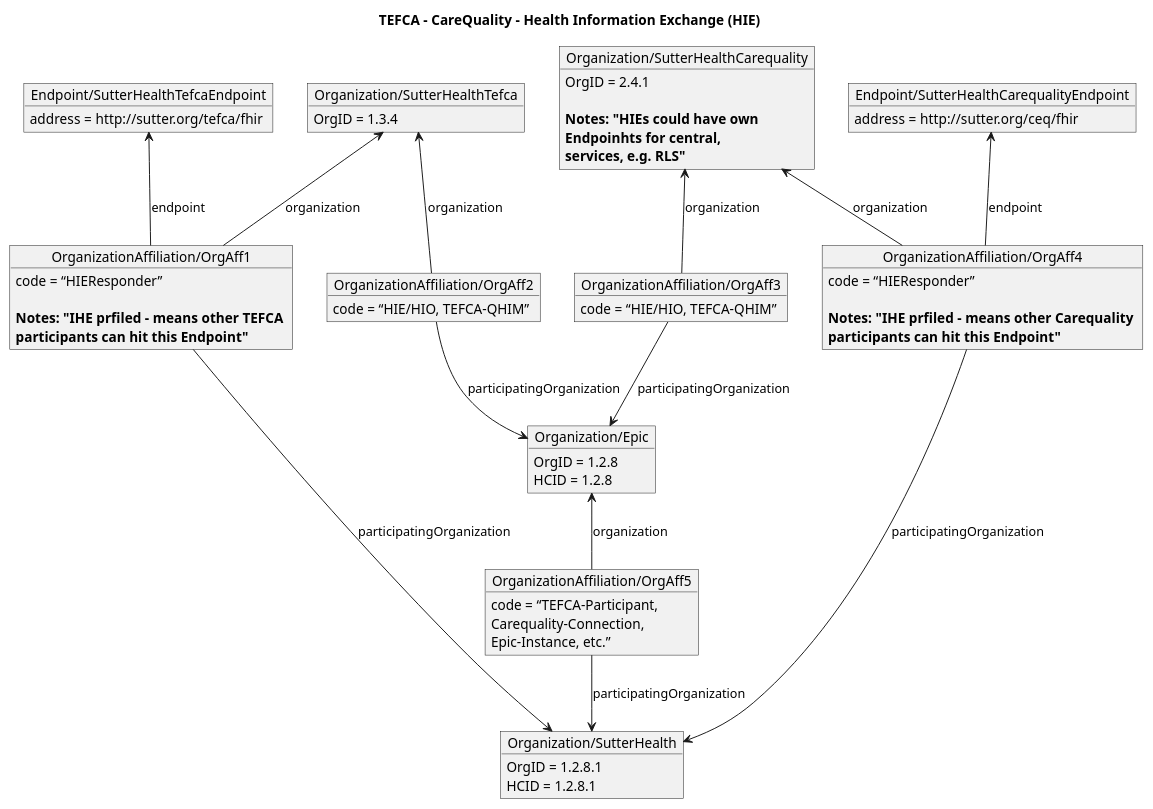
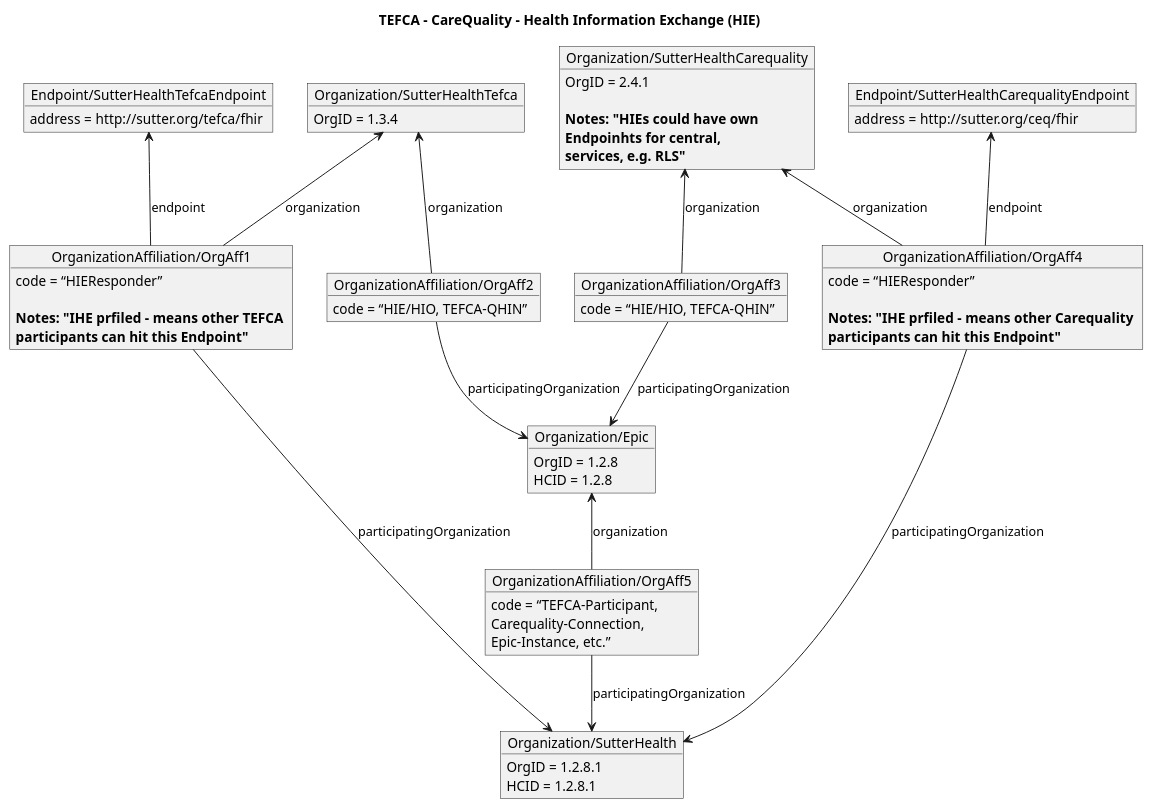
The diagram in input/images-source/OrganizationAffiliationIHE4.plantuml (HL7/fhir-us-ndh), drawn with PlantUML before and after one commit. The commit also changed 7 other files, not shown here.

```diff
--- a/input/images-source/OrganizationAffiliationIHE4.plantuml
+++ b/input/images-source/OrganizationAffiliationIHE4.plantuml
@@ -1,56 +1,56 @@
 @startuml 
 
 title "TEFCA - CareQuality - Health Information Exchange (HIE)"
 object "Organization/SutterHealthTefca" as tefca
 tefca : OrgID = 1.3.4
 
 object "Endpoint/SutterHealthTefcaEndpoint" as tefcaEp
 tefcaEp : address = http://sutter.org/tefca/fhir
 
 object "Organization/SutterHealthCarequality" as carequality
 carequality : OrgID = 2.4.1\n
 carequality : <b>Notes: "HIEs could have own \n<b>Endpoinhts for central, \n<b>services, e.g. RLS"
 
 object "Endpoint/SutterHealthCarequalityEndpoint" as carequalityEp
 carequalityEp : address = http://sutter.org/ceq/fhir
 
 object "Organization/SutterHealth" as sutter
 sutter : OrgID = 1.2.8.1
 sutter : HCID = 1.2.8.1
 
 object "OrganizationAffiliation/OrgAff1" as OrgAff1
 OrgAff1 : code = “HIEResponder” \n
 OrgAff1 : <b>Notes: "IHE prfiled - means other TEFCA \n<b>participants can hit this Endpoint"
 OrgAff1 -down-> sutter : participatingOrganization
 OrgAff1 -up-> tefca : organization
 OrgAff1 -up-> tefcaEp : endpoint
 
 object "OrganizationAffiliation/OrgAff2" as OrgAff2
-OrgAff2 : code = “HIE/HIO, TEFCA-QHIM”
+OrgAff2 : code = “HIE/HIO, TEFCA-QHIN”
 OrgAff2 -up-> tefca : organization
 
 
 object "Organization/Epic" as epic 
 epic : OrgID = 1.2.8
 epic : HCID = 1.2.8
 OrgAff2 -down-> epic : participatingOrganization
 
 object "OrganizationAffiliation/OrgAff3" as OrgAff3
-OrgAff3 : code = “HIE/HIO, TEFCA-QHIM”
+OrgAff3 : code = “HIE/HIO, TEFCA-QHIN”
 OrgAff3 -down-> epic : participatingOrganization
 OrgAff3 -up-> carequality : organization
 
 object "OrganizationAffiliation/OrgAff4" as OrgAff4
 OrgAff4 : code = “HIEResponder”\n
 OrgAff4 : <b>Notes: "IHE prfiled - means other Carequality \n<b>participants can hit this Endpoint"
 OrgAff4 -down-> sutter : participatingOrganization
 OrgAff4 -up-> carequality : organization
 OrgAff4 -up-> carequalityEp : endpoint
 
 object "OrganizationAffiliation/OrgAff5" as OrgAff5
 OrgAff5 : code = “TEFCA-Participant,\nCarequality-Connection,\nEpic-Instance, etc.”
 OrgAff5 -up-> epic : organization
 OrgAff5 -down-> sutter : participatingOrganization
 
 
 @enduml
```
